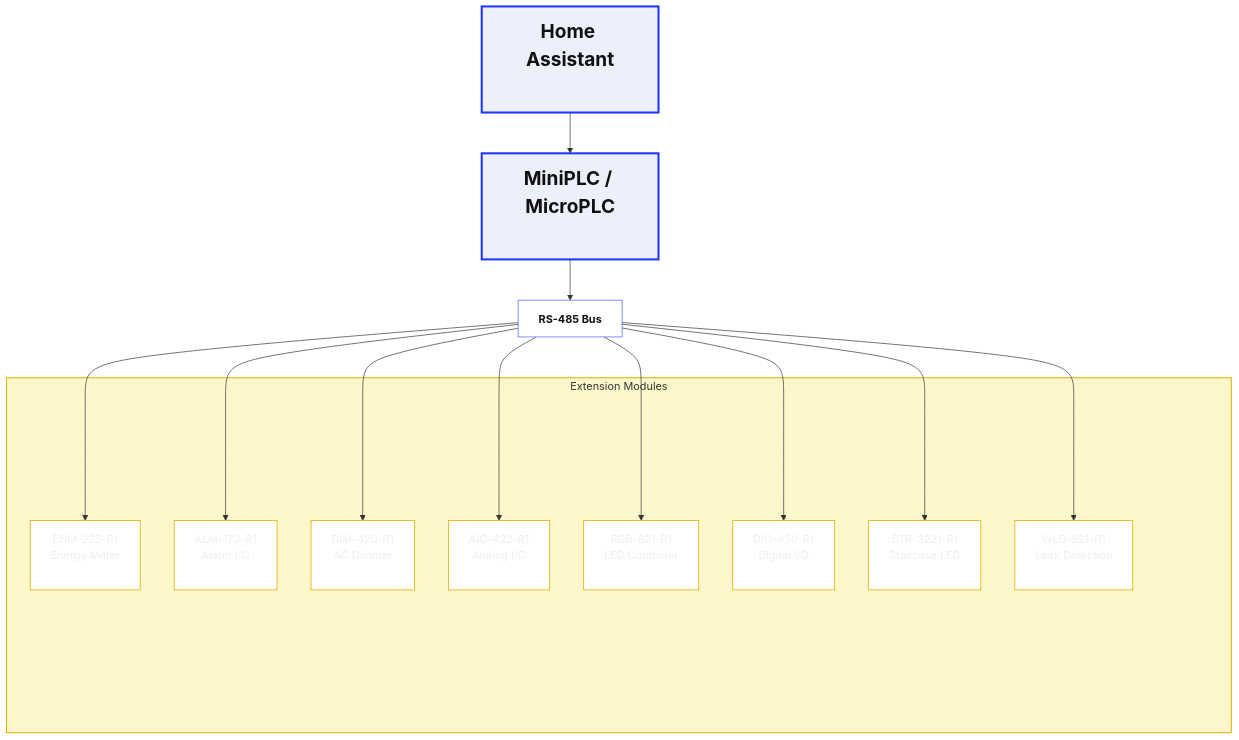
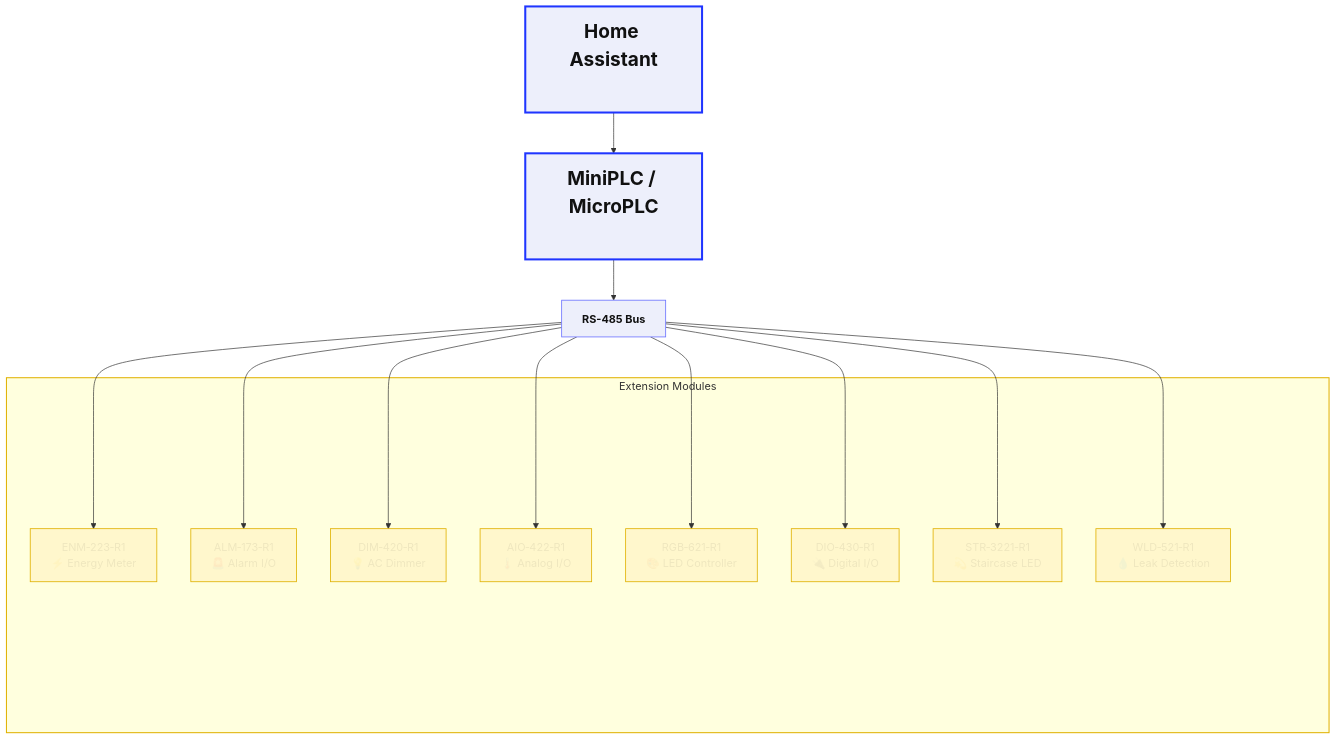
One commit to isystemsautomation/HOMEMASTER changed the diagram in README.md. Above: the diagram before and after it, drawn with Mermaid.

````diff
--- a/README.md
+++ b/README.md
@@ -27,37 +27,37 @@
 ```mermaid
 %%{init: {"flowchart":{"htmlLabels":true,"nodeSpacing":50,"rankSpacing":60}}}%%
 flowchart TD
   %% Classes
-  classDef hub fill:#FFFFFF,stroke:#6B72FF,stroke-width:1.2px,color:#111,font-weight:bold;
+  classDef hub fill:#EDEFFB,stroke:#6B72FF,stroke-width:1.2px,color:#111,font-weight:bold;
   classDef big fill:#EDEFFB,stroke:#1F35FF,stroke-width:3px,color:#111,font-weight:bold,font-size:28px;
-  classDef mod fill:#ffffff,stroke:#E0B100,stroke-width:1.2px,color:#1111;
+  classDef mod fill:#FFF7CC,stroke:#E0B100,stroke-width:1.2px,color:#1111;
   classDef ghost fill:transparent,stroke:transparent,color:transparent;
 
   %% Double-sized HA and PLC (bigger font + extra line breaks)
   HA["Home Assistant<br/><br/>"]:::big --> PLC["MiniPLC / MicroPLC<br/><br/>"]:::big
   PLC --> RS485[RS-485 Bus]:::hub
 
   %% Subgraph with taller nodes; extra <br/> increases node height
   subgraph Mods["Extension Modules"]
-    ENM["ENM-223-R1<br/>Energy Meter<br/><br/>"]:::mod
-    ALM["ALM-173-R1<br/>Alarm I/O<br/><br/>"]:::mod
-    DIM["DIM-420-R1<br/>AC Dimmer<br/><br/>"]:::mod
-    AIO["AIO-422-R1<br/>Analog I/O<br/><br/>"]:::mod
-    RGB["RGB-621-R1<br/>LED Controller<br/><br/>"]:::mod
-    DIO["DIO-430-R1<br/>Digital I/O<br/><br/>"]:::mod
-    STR["STR-3221-R1<br/>Staircase LED<br/><br/>"]:::mod
-    WLD["WLD-521-R1<br/>Leak Detection<br/><br/>"]:::mod
+    ENM[ENM‑223‑R1<br>⚡ Energy Meter]:::mod
+    ALM[ALM‑173‑R1<br>🚨 Alarm I/O]:::mod
+    DIM[DIM‑420‑R1<br>💡 AC Dimmer]:::mod
+    AIO[AIO‑422‑R1<br>🌡️ Analog I/O]:::mod
+    RGB[RGB‑621‑R1<br>🎨 LED Controller]:::mod
+    DIO[DIO‑430‑R1<br>🔌 Digital I/O]:::mod
+    STR[STR‑3221‑R1<br>💫 Staircase LED]:::mod
+    WLD[WLD‑521‑R1<br>💧 Leak Detection]:::mod
     SP1["<br/><br/><br/><br/><br/><br/><br/><br/><br/><br/><br/><br/><br/><br/><br/><br/><br/><br/>"]:::ghost
   end
-  style Mods fill:#FFF7CC,stroke:#E0B100,stroke-width:1.5px
+  style Mods fill:#FFFFF,stroke:#E0B100,stroke-width:1.5px
 
   %% Edges
   RS485 --> ENM
   RS485 --> ALM
   RS485 --> DIM
   RS485 --> AIO
   RS485 --> RGB
   RS485 --> DIO
   RS485 --> STR
   RS485 --> WLD
 ```
````
